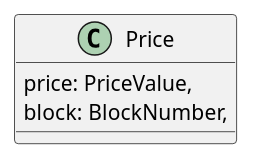
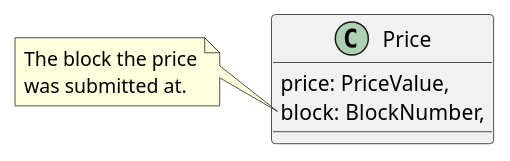
One commit to ComposableFi/composable changed the second of 14 diagrams in frame/oracle/design/design.adoc. Above: the diagram before and after it, drawn with PlantUML. The commit also changed other lines of this file, not shown here.

```diff
--- a/frame/oracle/design/design.adoc
+++ b/frame/oracle/design/design.adoc
@@ -153,7 +176,12 @@
 [plantuml,images/price,png]
 ----
 class Price {
 	price: PriceValue,
 	block: BlockNumber,
 }
+
+note left of Price::block
+The block the price
+was submitted at.
+end note
 ----
```
